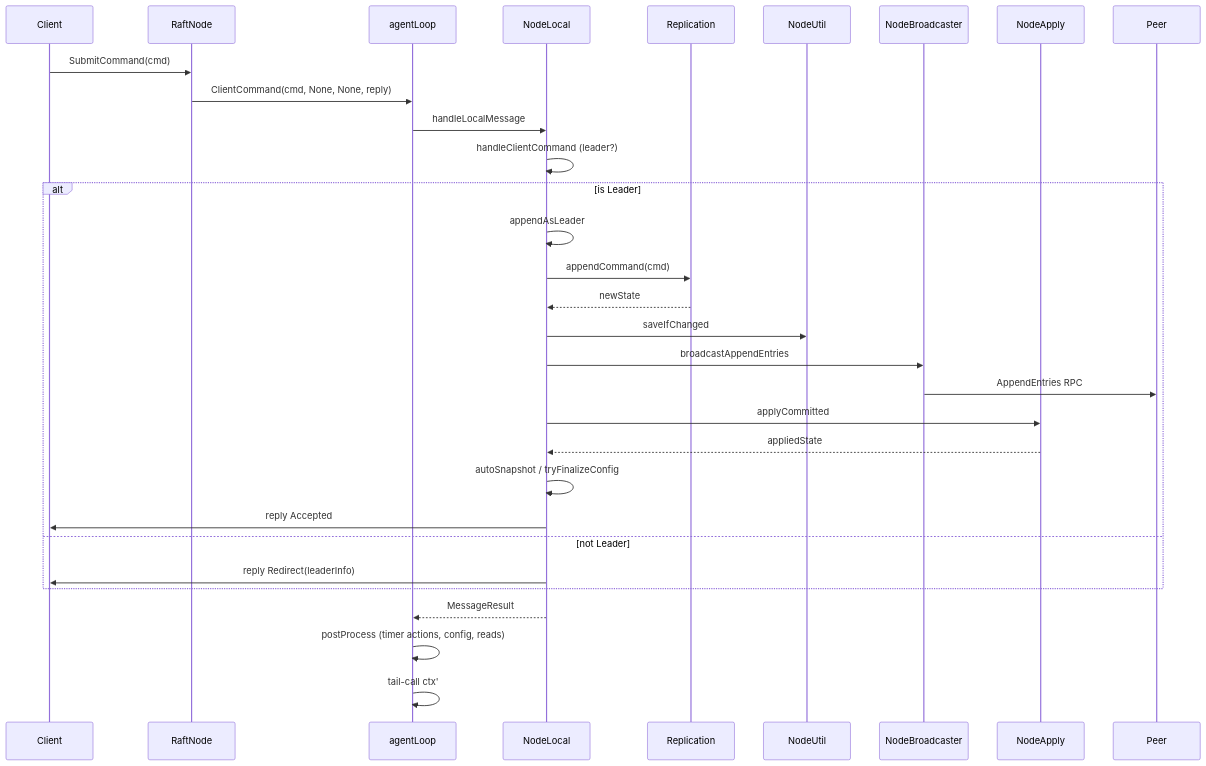
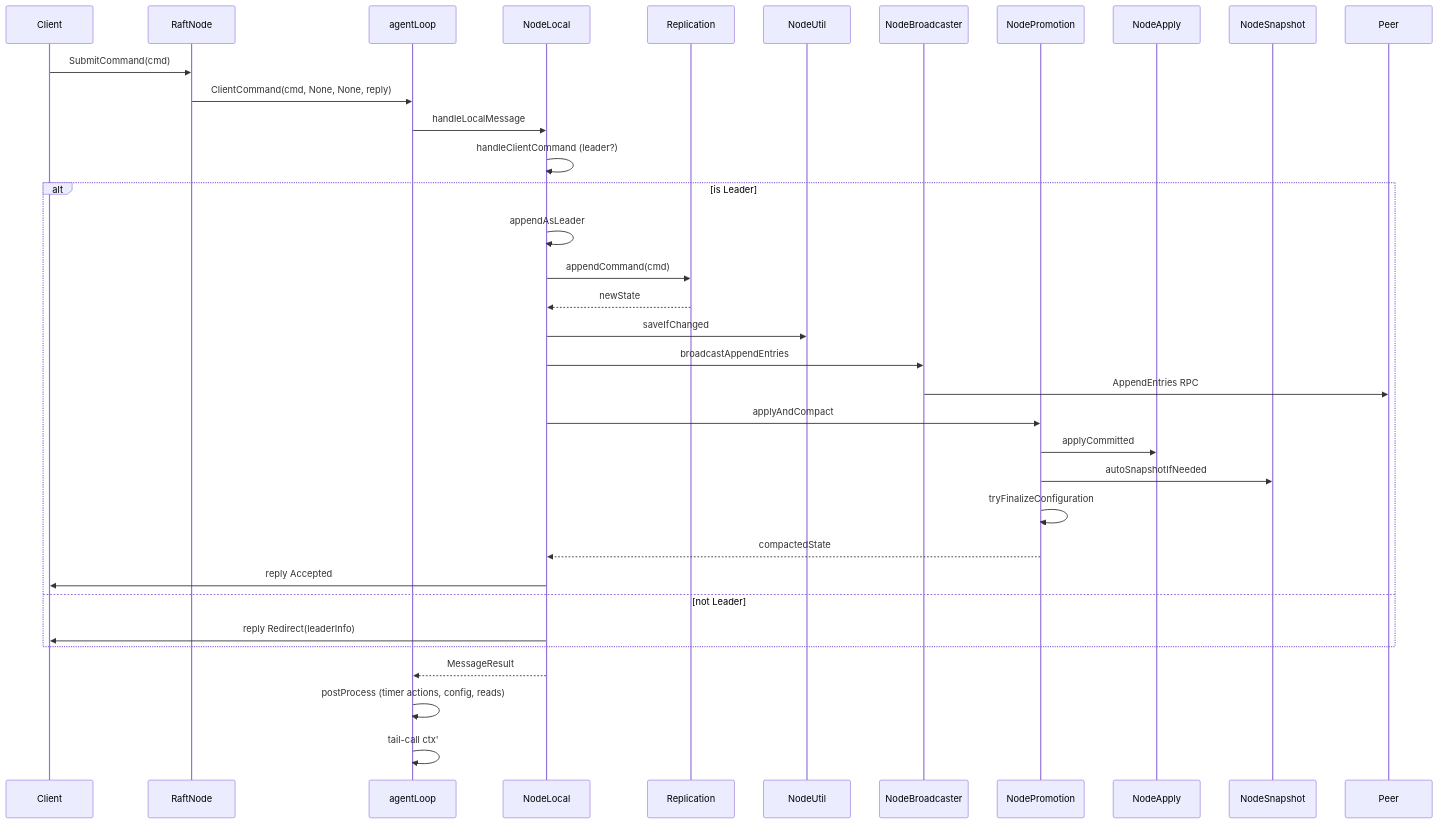
The first of 2 diagrams in docs/architecture.md (nwtks/raft), drawn with Mermaid before and after one commit. The commit also changed other lines of this file and 11 other files, not shown here.

````diff
--- a/docs/architecture.md
+++ b/docs/architecture.md
@@ -92,41 +94,44 @@
 ```mermaid
 sequenceDiagram
     participant Client
     participant RaftNode
     participant agentLoop
     participant NodeLocal
     participant Replication
     participant NodeUtil
     participant NodeBroadcaster
+    participant NodePromotion
     participant NodeApply
+    participant NodeSnapshot
     participant Peer
 
     Client->>RaftNode: SubmitCommand(cmd)
     RaftNode->>agentLoop: ClientCommand(cmd, None, None, reply)
 
     agentLoop->>NodeLocal: handleLocalMessage
 
     NodeLocal->>NodeLocal: handleClientCommand (leader?)
     alt is Leader
         NodeLocal->>NodeLocal: appendAsLeader
         NodeLocal->>Replication: appendCommand(cmd)
         Replication-->>NodeLocal: newState
 
         NodeLocal->>NodeUtil: saveIfChanged
         NodeLocal->>NodeBroadcaster: broadcastAppendEntries
         NodeBroadcaster->>Peer: AppendEntries RPC
 
-        NodeLocal->>NodeApply: applyCommitted
-        NodeApply-->>NodeLocal: appliedState
-
-        NodeLocal->>NodeLocal: autoSnapshot / tryFinalizeConfig
+        NodeLocal->>NodePromotion: applyAndCompact
+        NodePromotion->>NodeApply: applyCommitted
+        NodePromotion->>NodeSnapshot: autoSnapshotIfNeeded
+        NodePromotion->>NodePromotion: tryFinalizeConfiguration
+        NodePromotion-->>NodeLocal: compactedState
         NodeLocal->>Client: reply Accepted
     else not Leader
         NodeLocal->>Client: reply Redirect(leaderInfo)
     end
 
     NodeLocal-->>agentLoop: MessageResult
 
     agentLoop->>agentLoop: postProcess (timer actions, config, reads)
     agentLoop->>agentLoop: tail-call ctx'
 ```
````
